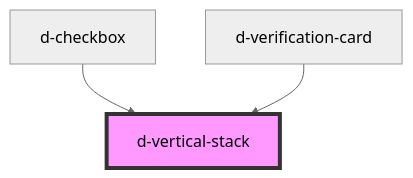
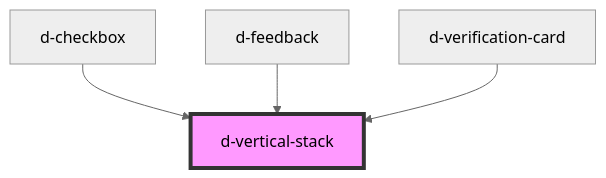
One commit to ForkbombEu/didroom-components changed the diagram in src/components/vertical-stack/readme.md. Above: the diagram before and after it, drawn with Mermaid (neutral theme). The commit also changed other lines of this file and 7 other files, not shown here.

````diff
--- a/src/components/vertical-stack/readme.md
+++ b/src/components/vertical-stack/readme.md
@@ -22,6 +23,7 @@
 ```mermaid
 graph TD;
   d-checkbox --> d-vertical-stack
+  d-feedback --> d-vertical-stack
   d-verification-card --> d-vertical-stack
   style d-vertical-stack fill:#f9f,stroke:#333,stroke-width:4px
 ```
````
